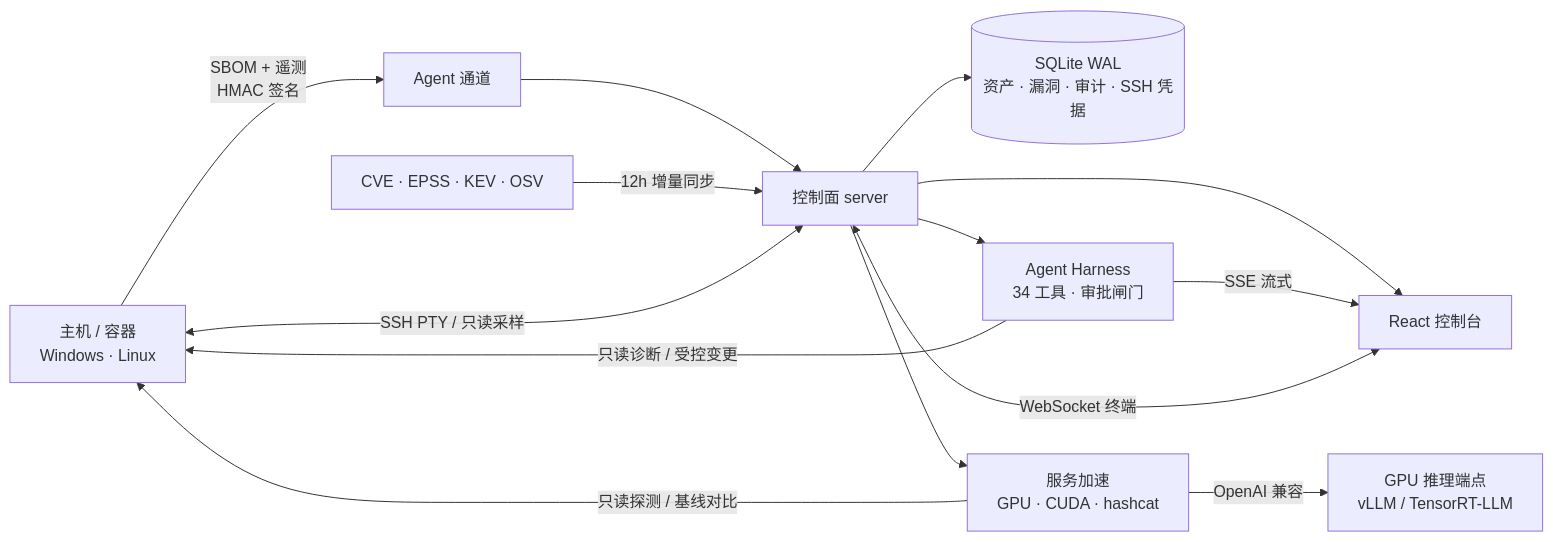
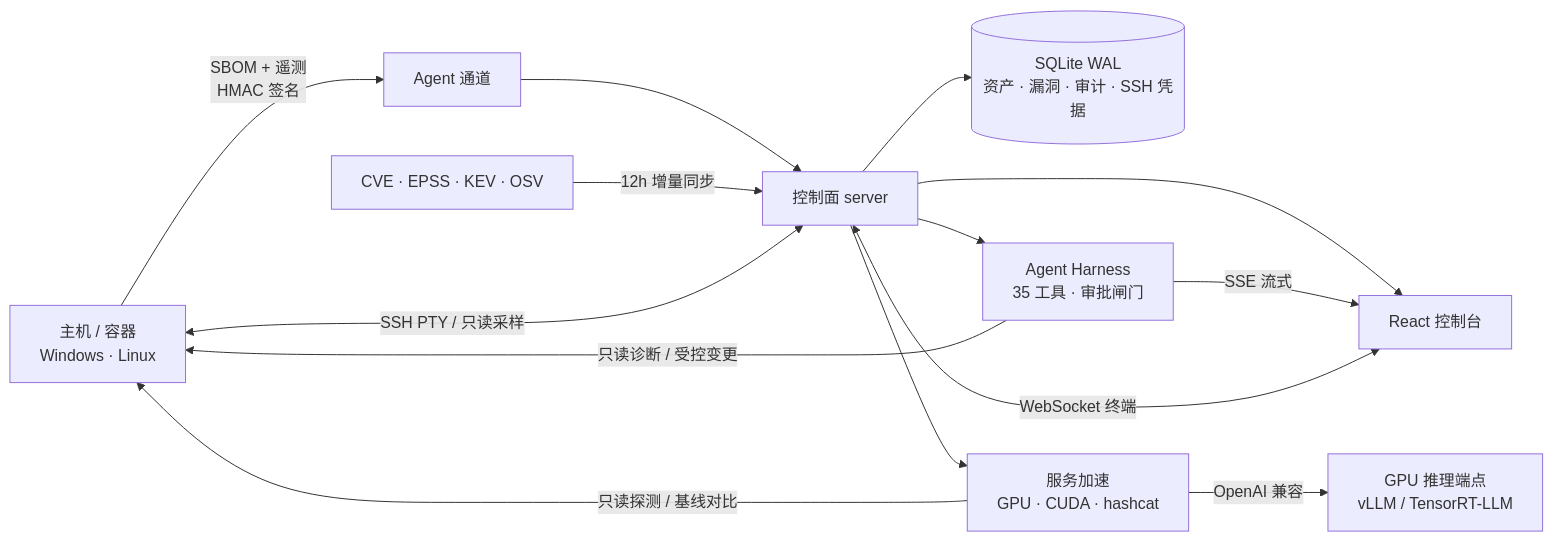
One commit to NoraStory/vulnagent changed the diagram in README.md. Above: the diagram before and after it, drawn with Mermaid. The commit also changed other lines of this file and 31 other files, not shown here.

````diff
--- a/README.md
+++ b/README.md
@@ -168,16 +169,16 @@
 ```mermaid
 flowchart LR
   H["主机 / 容器<br/>Windows · Linux"] -->|"SBOM + 遥测<br/>HMAC 签名"| A["Agent 通道"]
   A --> S["控制面 server"]
   I["CVE · EPSS · KEV · OSV"] -->|"12h 增量同步"| S
   S --> D[("SQLite WAL<br/>资产 · 漏洞 · 审计 · SSH 凭据")]
   S --> W["React 控制台"]
   W <-->|"WebSocket 终端"| S
   S <-->|"SSH PTY / 只读采样"| H
-  S --> G["Agent Harness<br/>34 工具 · 审批闸门"]
+  S --> G["Agent Harness<br/>35 工具 · 审批闸门"]
   G -->|"SSE 流式"| W
   G -->|"只读诊断 / 受控变更"| H
   S --> X["服务加速<br/>GPU · CUDA · hashcat"]
   X -->|"只读探测 / 基线对比"| H
   X -->|"OpenAI 兼容"| M["GPU 推理端点<br/>vLLM / TensorRT-LLM"]
 ```
````
